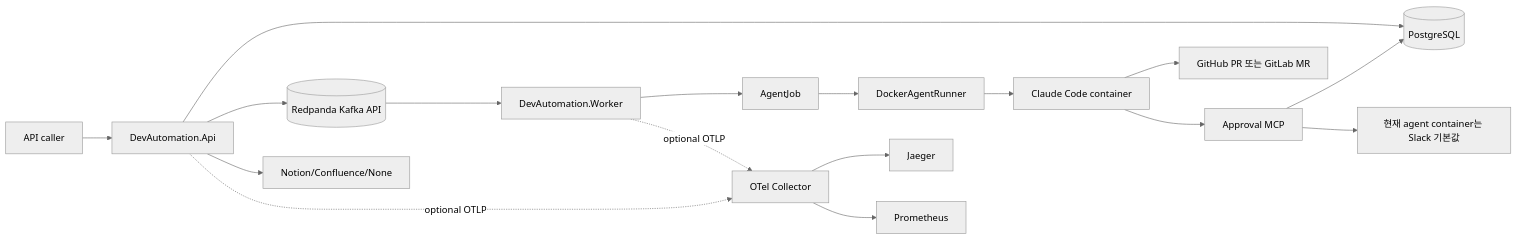
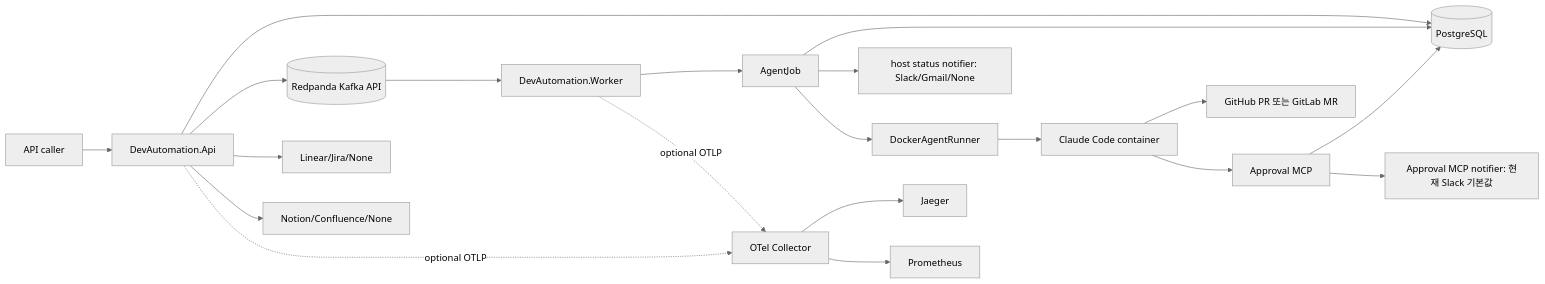
The diagram in docs/architecture.md (zzanghyunmoo/ReplaceMe), drawn with Mermaid (neutral theme) before and after one commit. The commit also changed other lines of this file and 4 other files, not shown here.

````diff
--- a/docs/architecture.md
+++ b/docs/architecture.md
@@ -10,19 +10,22 @@
 ```mermaid
 flowchart LR
     User[API caller] --> API[DevAutomation.Api]
     API --> DB[(PostgreSQL)]
     API --> Queue[(Redpanda Kafka API)]
+    API --> Issue[Linear/Jira/None]
     Queue --> Worker[DevAutomation.Worker]
     Worker --> Job[AgentJob]
+    Job --> DB
+    Job --> HostNotifier[host status notifier: Slack/Gmail/None]
     Job --> Docker[DockerAgentRunner]
     Docker --> Agent[Claude Code container]
     Agent --> Repo[GitHub PR 또는 GitLab MR]
     Agent --> MCP[Approval MCP]
     MCP --> DB
-    MCP --> Notifier[현재 agent container는 Slack 기본값]
+    MCP --> ApprovalNotifier[Approval MCP notifier: 현재 Slack 기본값]
     API --> Doc[Notion/Confluence/None]
     API -. optional OTLP .-> OTel[OTel Collector]
     Worker -. optional OTLP .-> OTel
     OTel --> Jaeger
     OTel --> Prometheus
 ```
````
